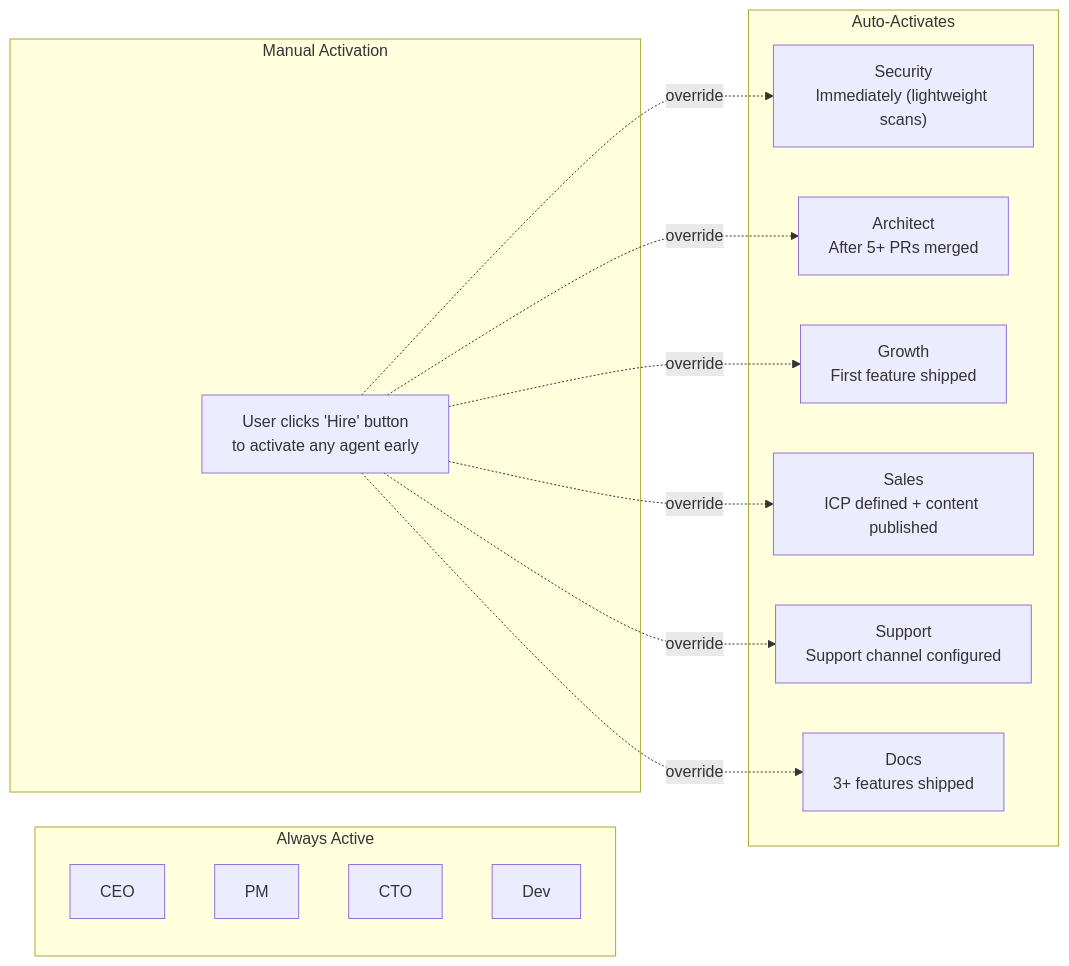
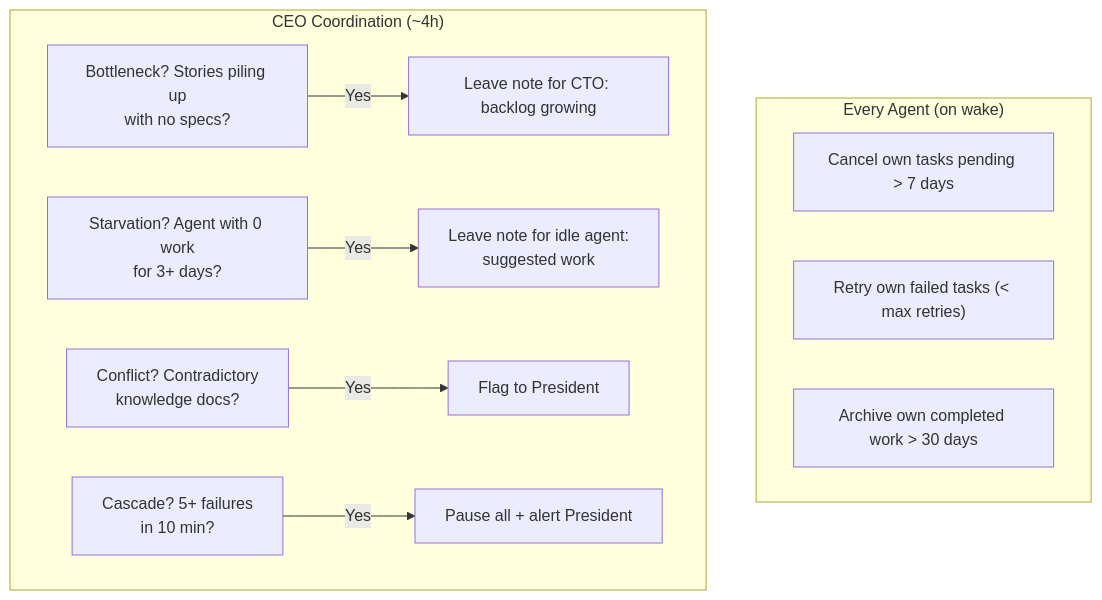
One commit to damien-schneider/reflet changed the eighth of 12 diagrams in docs/autopilot_arch_graph.md. Above: the diagram before and after it, drawn with Mermaid. The commit also changed other lines of this file and 38 other files, not shown here.

````diff
--- a/docs/autopilot_arch_graph.md
+++ b/docs/autopilot_arch_graph.md
@@ -206,29 +247,20 @@
 ```mermaid
-graph LR
-    subgraph "Always Active"
-        CEO_A["CEO"]
-        PM_A["PM"]
-        CTO_A["CTO"]
-        DEV_A["Dev"]
+graph TB
+    subgraph "Every Agent (on wake)"
+        A_CLEAN1["Cancel own tasks pending > 7 days"]
+        A_CLEAN2["Retry own failed tasks (< max retries)"]
+        A_CLEAN3["Archive own completed work > 30 days"]
     end
 
-    subgraph "Auto-Activates"
-        SEC["Security<br/>Immediately (lightweight scans)"]
-        ARCH["Architect<br/>After 5+ PRs merged"]
-        GRO["Growth<br/>First feature shipped"]
-        SAL["Sales<br/>ICP defined + content published"]
-        SUP["Support<br/>Support channel configured"]
-        DOC["Docs<br/>3+ features shipped"]
+    subgraph "CEO Coordination (~4h)"
+        CEO_1["Bottleneck? Stories piling up<br/>with no specs?"]
+        CEO_2["Starvation? Agent with 0 work<br/>for 3+ days?"]
+        CEO_3["Conflict? Contradictory<br/>knowledge docs?"]
+        CEO_4["Cascade? 5+ failures<br/>in 10 min?"]
+
+        CEO_1 -->|"Yes"| FIX1["Leave note for CTO: backlog growing"]
+        CEO_2 -->|"Yes"| FIX2["Leave note for idle agent:<br/>suggested work"]
+        CEO_3 -->|"Yes"| FIX3["Flag to President"]
+        CEO_4 -->|"Yes"| FIX4["Pause all + alert President"]
     end
-
-    subgraph "Manual Activation"
-        HIRE["User clicks 'Hire' button<br/>to activate any agent early"]
-    end
-
-    HIRE -.->|"override"| SEC
-    HIRE -.->|"override"| ARCH
-    HIRE -.->|"override"| GRO
-    HIRE -.->|"override"| SAL
-    HIRE -.->|"override"| SUP
-    HIRE -.->|"override"| DOC
 ```
````
